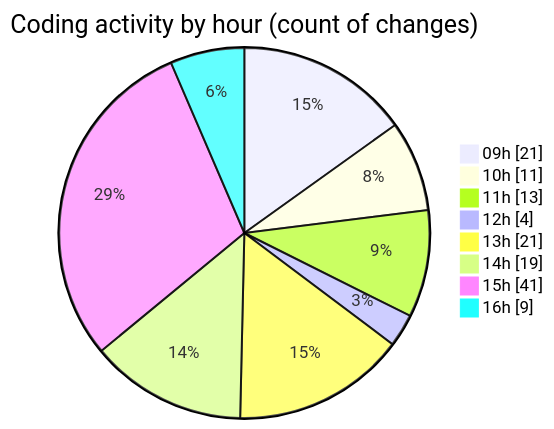
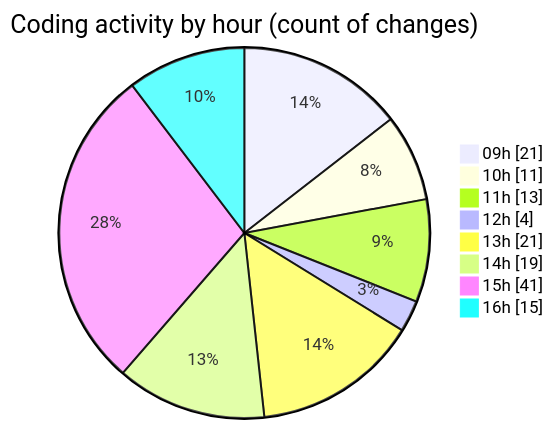
Before and after one commit to momahboobian/code-tracking: the second of 2 diagrams in 2026-06-01/cda/README.md, drawn with Mermaid. The commit also changed other lines of this file and 1 other file, not shown here.

````diff
--- a/2026-06-01/cda/README.md
+++ b/2026-06-01/cda/README.md
@@ -85,12 +88,12 @@
 ```mermaid
 pie showData
 title Coding activity by hour (count of changes)
 "09h" : 21
 "10h" : 11
 "11h" : 13
 "12h" : 4
 "13h" : 21
 "14h" : 19
 "15h" : 41
-"16h" : 9
+"16h" : 15
 ```
````
